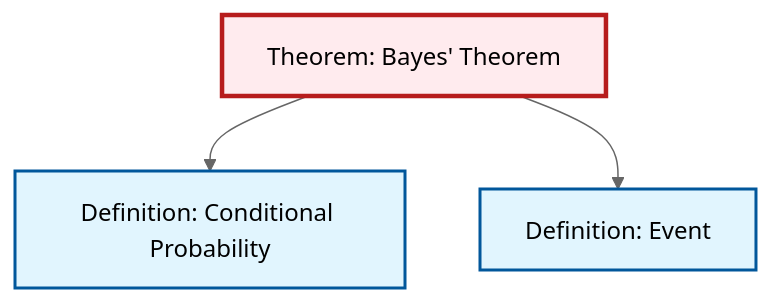
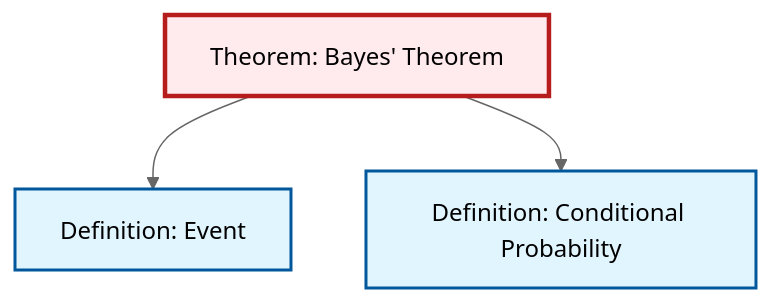
The diagram in content/ja/probability-statistics/thm-bayes.qmd (RK0429/ModernMath), drawn with Mermaid (neutral theme) before and after one commit. The commit also changed other lines of this file and 530 other files, not shown here.

````diff
--- a/content/ja/probability-statistics/thm-bayes.qmd
+++ b/content/ja/probability-statistics/thm-bayes.qmd
@@ -89,17 +89,17 @@
 ```{mermaid}
 %%| fig-cap: "Local dependency graph"
 graph TD
     classDef definition fill:#e1f5fe,stroke:#01579b,stroke-width:2px
     classDef theorem fill:#f3e5f5,stroke:#4a148c,stroke-width:2px
     classDef axiom fill:#fff3e0,stroke:#e65100,stroke-width:2px
     classDef example fill:#e8f5e9,stroke:#1b5e20,stroke-width:2px
     classDef current fill:#ffebee,stroke:#b71c1c,stroke-width:3px
-    def-event["Definition: Event"]:::definition
     def-conditional-probability["Definition: Conditional Probability"]:::definition
     thm-bayes["Theorem: Bayes' Theorem"]:::theorem
+    def-event["Definition: Event"]:::definition
+    thm-bayes --> def-event
     thm-bayes --> def-conditional-probability
-    thm-bayes --> def-event
     class thm-bayes current
+    click def-conditional-probability "def-conditional-probability.html" "Definition: Conditional Probabilityへ"
     click def-event "def-event.html" "Definition: Eventへ"
-    click def-conditional-probability "def-conditional-probability.html" "Definition: Conditional Probabilityへ"
 ```
````
